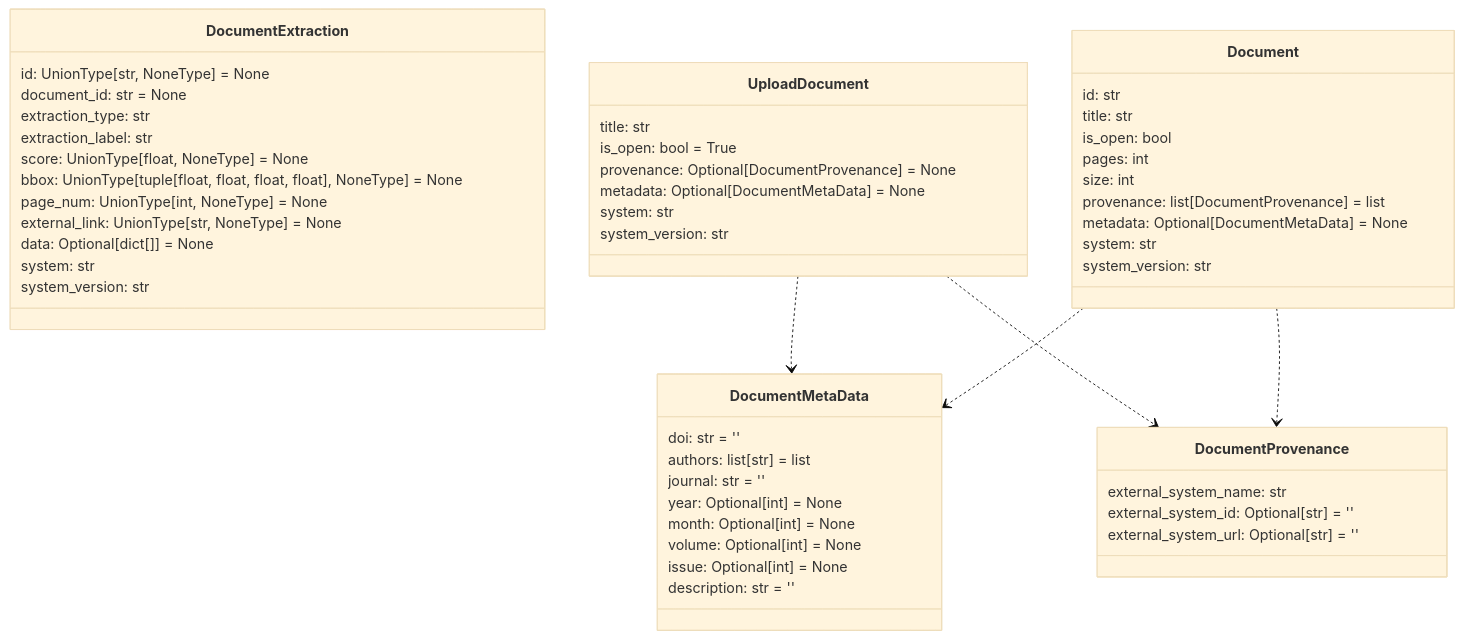
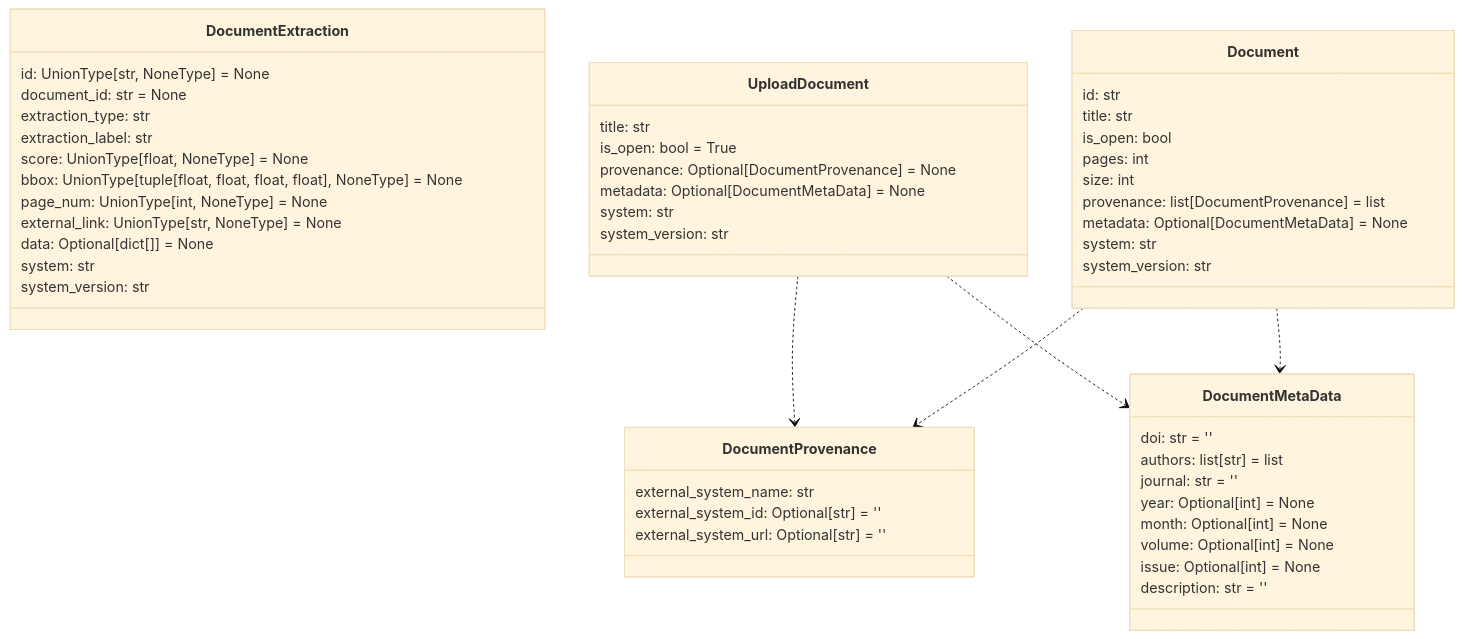
Before and after one commit to DARPA-CRITICALMAAS/cdr_schemas: the ninth of 12 diagrams in README.md, drawn with Mermaid (base theme). The commit also changed other lines of this file and 5 other files, not shown here.

````diff
--- a/README.md
+++ b/README.md
@@ -633,62 +667,62 @@
 ```mermaid
 classDiagram
 
     class DocumentExtraction {
         id: UnionType[str, NoneType] = None
         document_id: str = None
         extraction_type: str
         extraction_label: str
         score: UnionType[float, NoneType] = None
         bbox: UnionType[tuple[float, float, float, float], NoneType] = None
         page_num: UnionType[int, NoneType] = None
         external_link: UnionType[str, NoneType] = None
         data: Optional[dict[]] = None
         system: str
         system_version: str
     }
 
-    class DocumentMetaData {
-        doi: str = ''
-        authors: list[str] = list
-        journal: str = ''
-        year: Optional[int] = None
-        month: Optional[int] = None
-        volume: Optional[int] = None
-        issue: Optional[int] = None
-        description: str = ''
-    }
-
     class DocumentProvenance {
         external_system_name: str
         external_system_id: Optional[str] = ''
         external_system_url: Optional[str] = ''
+    }
+
+    class UploadDocument {
+        title: str
+        is_open: bool = True
+        provenance: Optional[DocumentProvenance] = None
+        metadata: Optional[DocumentMetaData] = None
+        system: str
+        system_version: str
     }
 
     class Document {
         id: str
         title: str
         is_open: bool
         pages: int
         size: int
         provenance: list[DocumentProvenance] = list
         metadata: Optional[DocumentMetaData] = None
         system: str
         system_version: str
     }
 
-    class UploadDocument {
-        title: str
-        is_open: bool = True
-        provenance: Optional[DocumentProvenance] = None
-        metadata: Optional[DocumentMetaData] = None
-        system: str
-        system_version: str
+    class DocumentMetaData {
+        doi: str = ''
+        authors: list[str] = list
+        journal: str = ''
+        year: Optional[int] = None
+        month: Optional[int] = None
+        volume: Optional[int] = None
+        issue: Optional[int] = None
+        description: str = ''
     }
 
+    UploadDocument ..> DocumentProvenance
     UploadDocument ..> DocumentMetaData
-    UploadDocument ..> DocumentProvenance
+    Document ..> DocumentProvenance
     Document ..> DocumentMetaData
-    Document ..> DocumentProvenance
 
 
 ```
````
